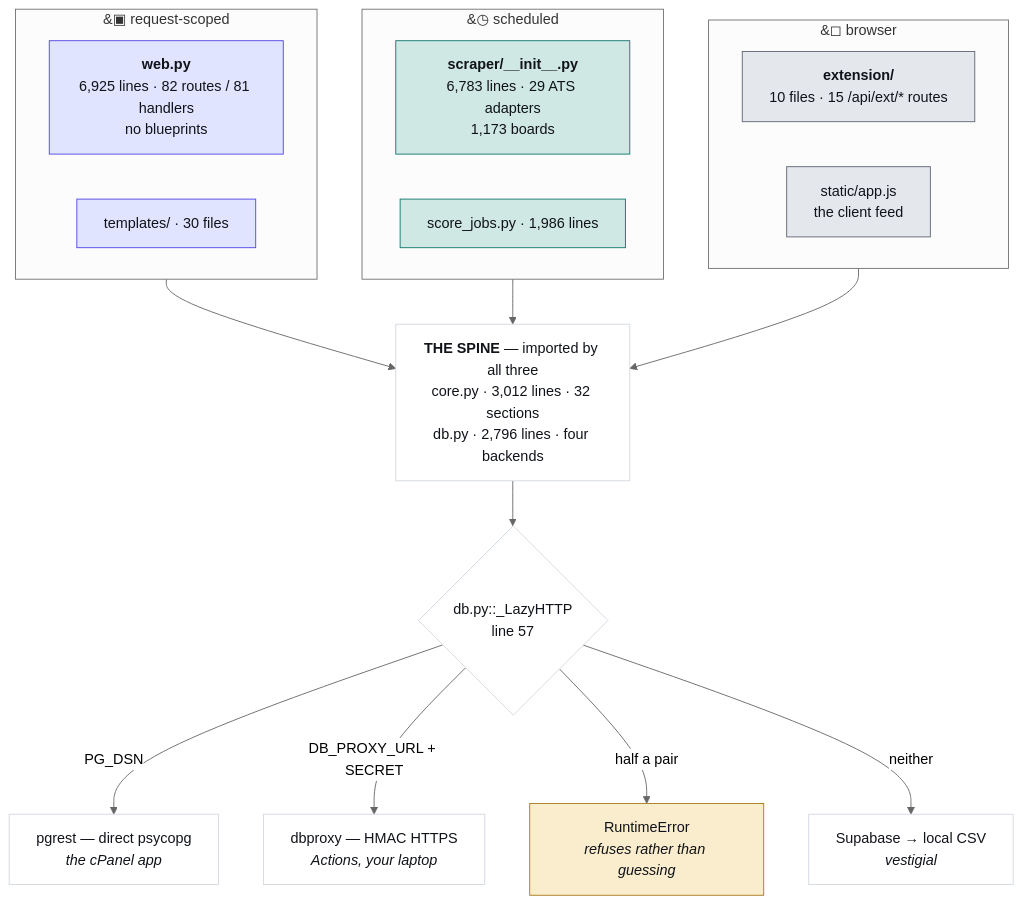
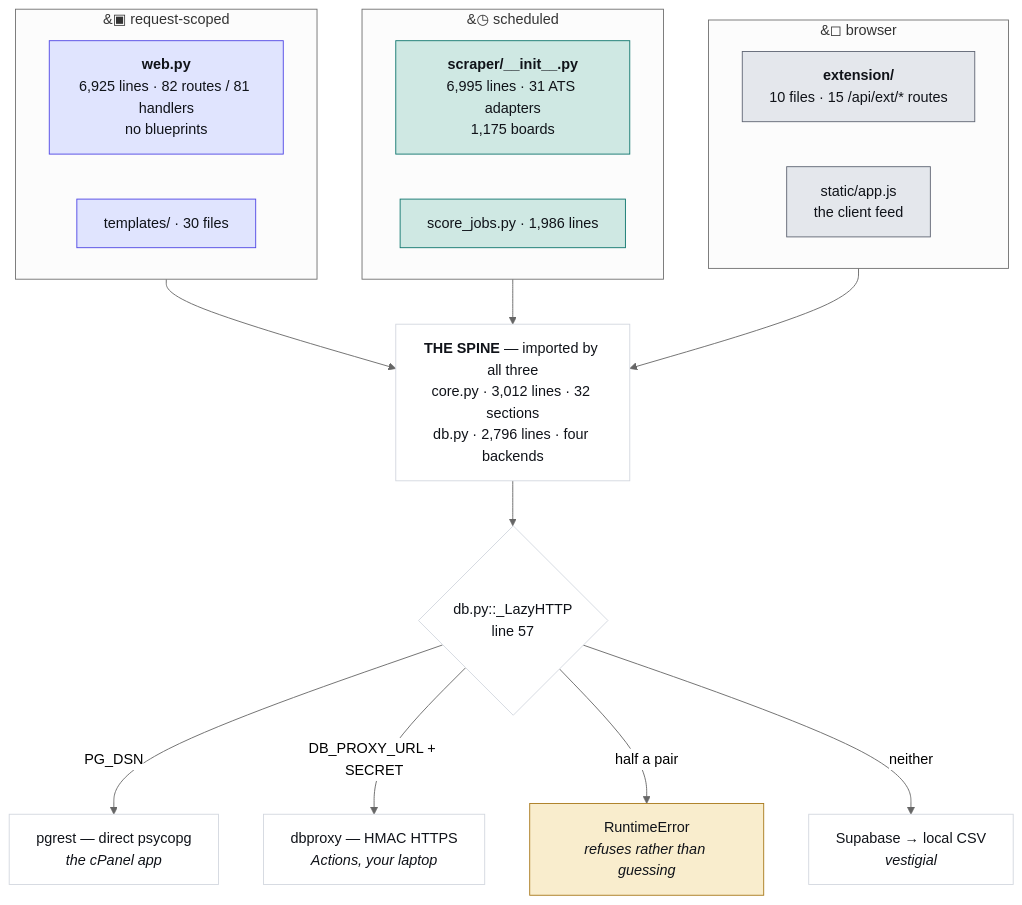
One commit to hadakunal909-debug/job-search-tool changed the first of 4 diagrams in JobMatch Scraper/docs/ARCHITECTURE.md. Above: the diagram before and after it, drawn with Mermaid (neutral theme). The commit also changed other lines of this file and 8 other files, not shown here.

````diff
--- a/JobMatch Scraper/docs/ARCHITECTURE.md
+++ b/JobMatch Scraper/docs/ARCHITECTURE.md
@@ -45,34 +45,34 @@
 ```mermaid
 flowchart TB
   subgraph REQ["&#9635; request-scoped"]
     W["<b>web.py</b><br/>6,925 lines · 82 routes / 81 handlers<br/>no blueprints"]
     T["templates/ · 30 files"]
   end
   subgraph SCH["&#9719; scheduled"]
-    S["<b>scraper/__init__.py</b><br/>6,783 lines · 29 ATS adapters<br/>1,173 boards"]
+    S["<b>scraper/__init__.py</b><br/>6,995 lines · 31 ATS adapters<br/>1,175 boards"]
     J["score_jobs.py · 1,986 lines"]
   end
   subgraph CLI["&#9723; browser"]
     E["<b>extension/</b><br/>10 files · 15 /api/ext/* routes"]
     A["static/app.js<br/>the client feed"]
   end
   SPINE["<b>THE SPINE</b> — imported by all three<br/>core.py · 3,012 lines · 32 sections<br/>db.py · 2,796 lines · four backends"]
   REQ --> SPINE
   SCH --> SPINE
   CLI --> SPINE
   SPINE --> D{"db.py::_LazyHTTP<br/>line 57"}
   D -->|"PG_DSN"| P["pgrest — direct psycopg<br/><i>the cPanel app</i>"]
   D -->|"DB_PROXY_URL + SECRET"| X["dbproxy — HMAC HTTPS<br/><i>Actions, your laptop</i>"]
   D -->|"half a pair"| R["RuntimeError<br/><i>refuses rather than guessing</i>"]
   D -->|"neither"| V["Supabase → local CSV<br/><i>vestigial</i>"]
   classDef web fill:#e0e4fe,stroke:#4f46e5,color:#101319
   classDef sched fill:#cfe8e3,stroke:#0f766e,color:#101319
   classDef client fill:#e4e7ec,stroke:#5f6573,color:#101319
   classDef trap fill:#f9edcd,stroke:#a8781a,color:#101319
   classDef plain fill:#ffffff,stroke:#d3d7df,color:#101319
   class W,T web
   class S,J sched
   class E,A client
   class R trap
   class SPINE,D,P,X,V plain
 ```
````
